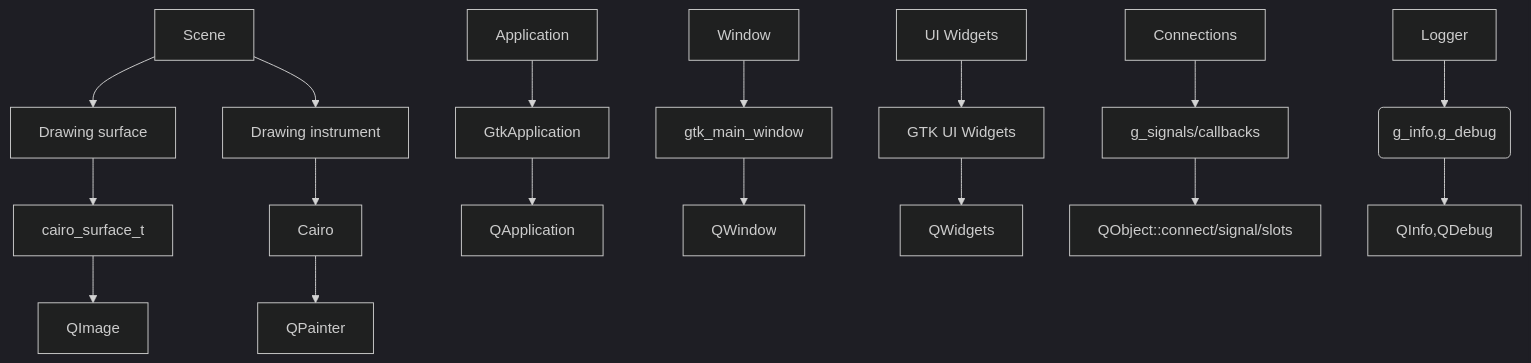
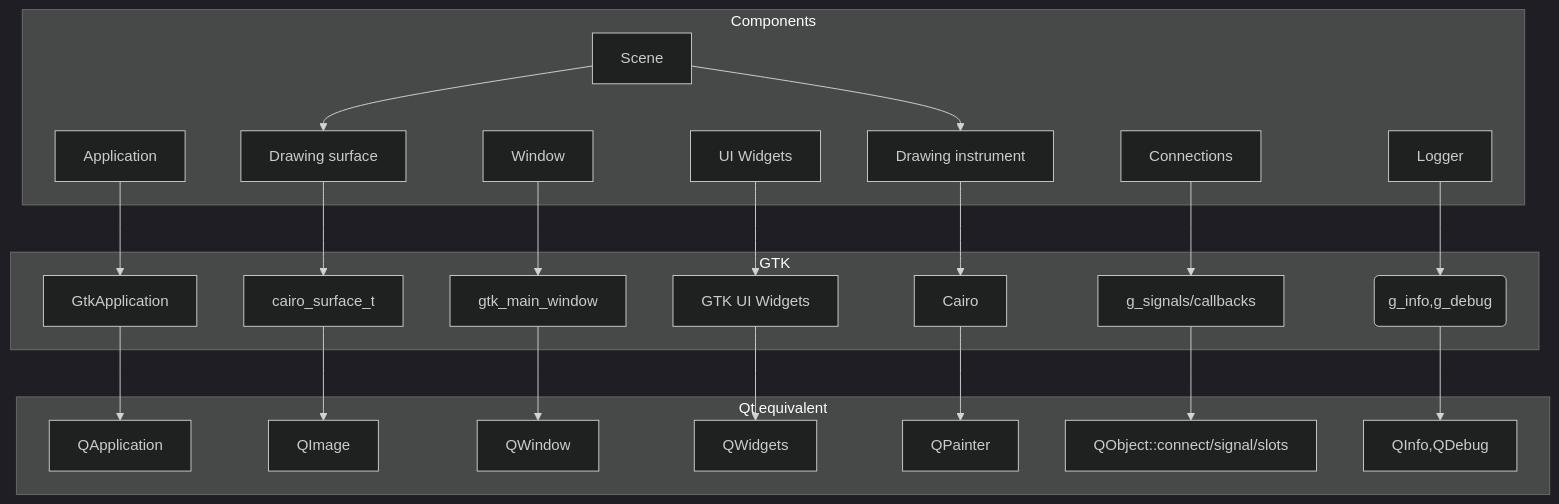
The first of 4 diagrams in doc/qtport.md (w0lek/ezgl), drawn with Mermaid (dark theme) before and after one commit.

Commit message:
checkpoint

````diff
--- a/doc/qtport.md
+++ b/doc/qtport.md
@@ -24,40 +24,71 @@
 ```mermaid
 flowchart TD
   %% components
   component_scene[Scene]
   component_app[Application]
   component_window[Window]
   component_draw_surface[Drawing surface]
   component_draw_instrument[Drawing instrument]
   component_ui_widgets[UI Widgets]
   component_connections[Connections]
   component_log[Logger]
 
   %% gtk
   gtk_app[GtkApplication]
   gtk_window[gtk_main_window]
   cairo_surface_t[cairo_surface_t]
   cairo[Cairo]
   gtk_ui_widgets[GTK UI Widgets]
   g_signals[g_signals/callbacks]
   g_logs(g_info,g_debug)
   
   %% qt
   qapp[QApplication]
   qimage[QImage]
   qwindow[QWindow]
   qwidgets[QWidgets]
   qpainter[QPainter]
   qconnect[QObject::connect/signal/slots]
   qlogs[QInfo,QDebug]
 
   component_app --> gtk_app --> qapp
   component_window --> gtk_window --> qwindow
   component_draw_surface --> cairo_surface_t --> qimage
   component_draw_instrument --> cairo --> qpainter
   component_scene --> component_draw_surface
   component_scene --> component_draw_instrument
   component_ui_widgets --> gtk_ui_widgets --> qwidgets
   component_connections --> g_signals --> qconnect
   component_log --> g_logs --> qlogs
+
+  subgraph Component [Components]
+    component_scene[Scene]
+  component_app[Application]
+  component_window[Window]
+  component_draw_surface[Drawing surface]
+  component_draw_instrument[Drawing instrument]
+  component_ui_widgets[UI Widgets]
+  component_connections[Connections]
+  component_log[Logger]
+  end
+  
+  subgraph Gtk [GTK]
+    gtk_app
+    gtk_window
+    cairo_surface_t
+    cairo
+    gtk_ui_widgets
+    g_signals
+    g_logs
+  end
+
+  subgraph Qt [Qt equivalent]
+    qimage
+    qapp
+    qwindow
+    qpainter
+    qwidgets
+    qconnect
+    qlogs
+  end
 ```
````
